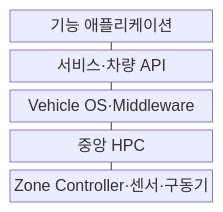
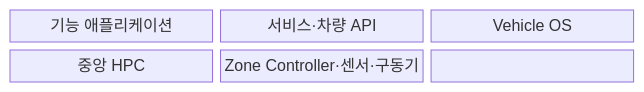
One commit to agnusdei1207/knowledge-base changed the first of 2 diagrams in src/content/docs/notes/08-latest-tech/204_software_defined_vehicle.md. Above: the diagram before and after it, drawn with Mermaid. The commit also changed other lines of this file and 228 other files, not shown here.

````diff
--- a/src/content/docs/notes/08-latest-tech/204_software_defined_vehicle.md
+++ b/src/content/docs/notes/08-latest-tech/204_software_defined_vehicle.md
@@ -50,13 +49,11 @@
 ```mermaid
 block-beta
-  columns 1
-  app["기능 애플리케이션"]
-  api["서비스·차량 API"]
-  os["Vehicle OS·Middleware"]
-  hpc["중앙 HPC"]
-  zone["Zone Controller·센서·구동기"]
-  app --- api
-  api --- os
-  os --- hpc
-  hpc --- zone
+  columns 3
+  N0["기능 애플리케이션"]
+  N1["서비스·차량 API"]
+  N2["Vehicle OS"]
+  N3["중앙 HPC"]
+  N4["Zone Controller·센서·구동기"]
+  N0 --- N1 --- N2
+  N2 --- N3 --- N4
 ```
````
